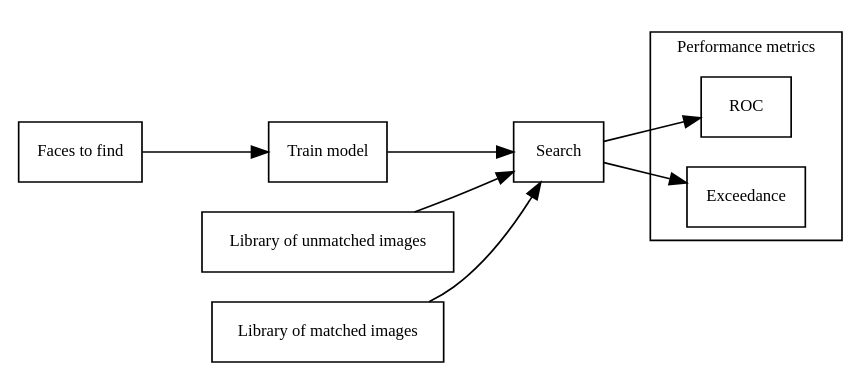
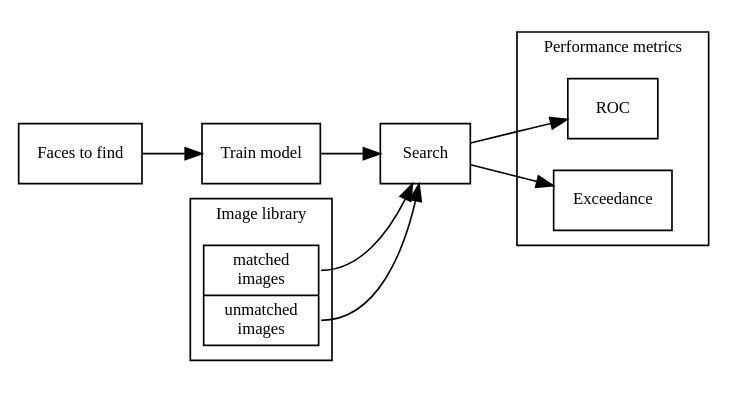
Before and after one commit to anielsen001/photomongo: the third of 3 diagrams in docs/ddv.org, drawn with Graphviz. The commit also changed other lines of this file, not shown here.

Commit message:
updated flowcharts

```diff
--- a/docs/ddv.org
+++ b/docs/ddv.org
@@ -147,31 +149,35 @@
 #+begin_src dot :file flowchart4.png :cmdline -Kdot -Tpng
 digraph{
 newrank=true;
 rankdir=LR; 
 splines=true; 
   graph [fontsize=10 fontname="Verdana" compound=true];
-  node [shape=box fontsize=10 fontname="Verdana"];
+  node [shape=record fontsize=10 fontname="Verdana"];
 
   faces_to_find [ label="Faces to find" ]
+
   train [ label="Train model" ] 
   search [ label="Search" ]
 
-  false_alarms [ label="Library of unmatched images" ]
-  truth [ label="Library of matched images" ]
+  library [ label = "<f0> matched\nimages|<f1>unmatched\nimages" ]
+  subgraph cluster_library {
+    label = "Image library"
+    library
+  }
  
-  subGraph cluster0{
+  subGraph cluster_0{
     label = "Performance metrics"
     roc [ label="ROC" ] 
     exceedance [ label = "Exceedance"]
   }
 
   faces_to_find -> train; 
-  false_alarms -> search[constraint=false]; 
-  truth -> search[constraint=false]; 
+  library:f0 -> search[constraint=false]; 
+  library:f1 -> search[constraint=false]; 
   train -> search; 
   search -> roc;
   search -> exceedance; 
-  {rank=same; false_alarms; truth; train}
+  {rank=same; library; train}
 
 }
 #+end_src
```
